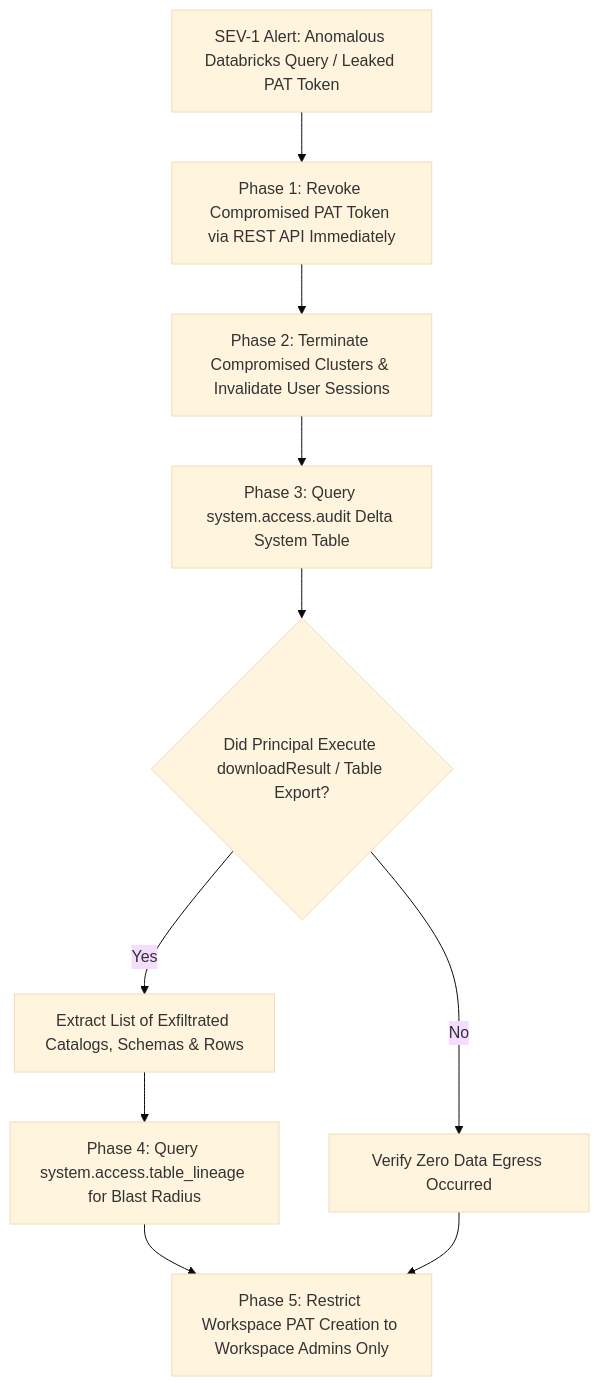
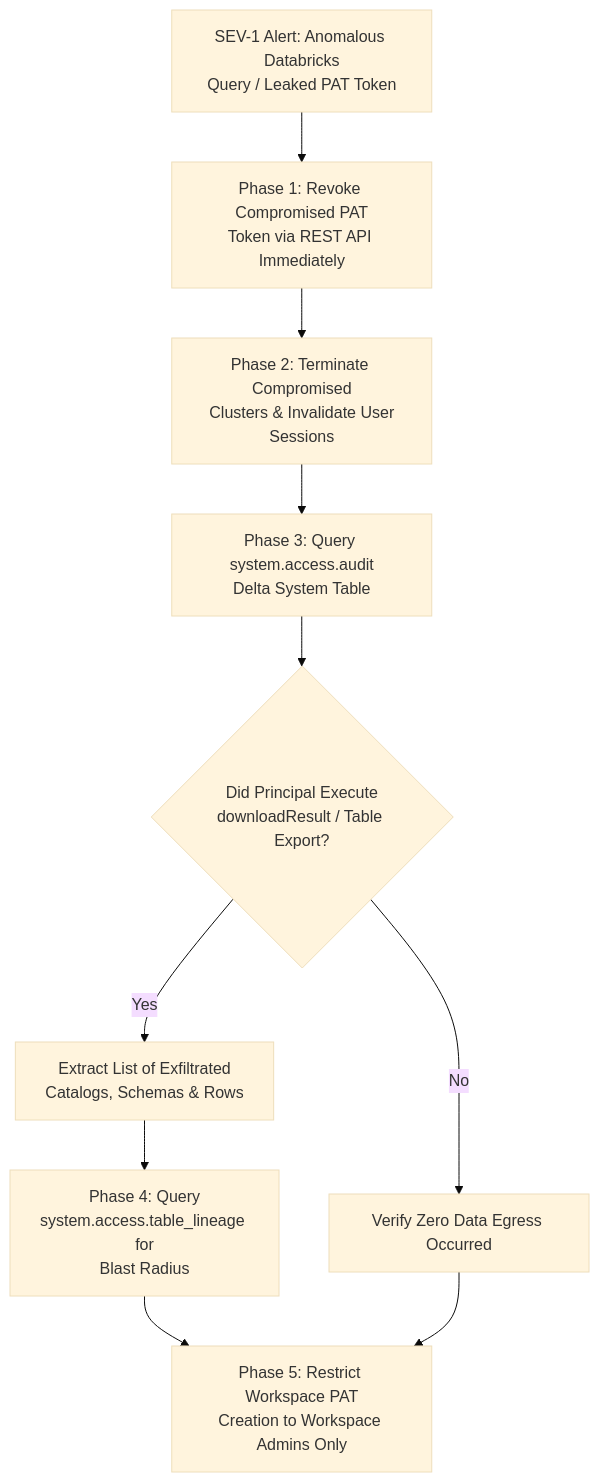
One commit to santoshjammi29/security-handbook changed the diagram in runbooks/03_databricks_unauthorized_data_access_and_pat_breach.md. Above: the diagram before and after it, drawn with Mermaid (base theme). The commit also changed 22 other files, not shown here.

Commit message:
fix(diagrams): word-wrap labels and escape comparison operators across all diagrams

````diff
--- a/runbooks/03_databricks_unauthorized_data_access_and_pat_breach.md
+++ b/runbooks/03_databricks_unauthorized_data_access_and_pat_breach.md
@@ -11,15 +11,15 @@
 ```mermaid
 flowchart TD
-    Alert["SEV-1 Alert: Anomalous Databricks Query / Leaked PAT Token"] --> RevokeToken["Phase 1: Revoke Compromised PAT Token via REST API Immediately"]
+    Alert["SEV-1 Alert: Anomalous Databricks<br/>Query / Leaked PAT Token"] --> RevokeToken["Phase 1: Revoke Compromised PAT<br/>Token via REST API Immediately"]
 
-    RevokeToken --> TerminateClusters["Phase 2: Terminate Compromised Clusters & Invalidate User Sessions"]
-    TerminateClusters --> AuditSystem["Phase 3: Query system.access.audit Delta System Table"]
+    RevokeToken --> TerminateClusters["Phase 2: Terminate Compromised<br/>Clusters & Invalidate User<br/>Sessions"]
+    TerminateClusters --> AuditSystem["Phase 3: Query system.access.audit<br/>Delta System Table"]
 
-    AuditSystem --> CheckExport{"Did Principal Execute downloadResult / Table Export?"}
-    CheckExport -->|Yes| IsolateTables["Extract List of Exfiltrated Catalogs, Schemas & Rows"]
+    AuditSystem --> CheckExport{"Did Principal Execute<br/>downloadResult / Table Export?"}
+    CheckExport -->|Yes| IsolateTables["Extract List of Exfiltrated<br/>Catalogs, Schemas & Rows"]
     CheckExport -->|No| CloseContainment["Verify Zero Data Egress Occurred"]
 
-    IsolateTables --> ReviewLineage["Phase 4: Query system.access.table_lineage for Blast Radius"]
-    ReviewLineage --> RemediatePolicy["Phase 5: Restrict Workspace PAT Creation to Workspace Admins Only"]
+    IsolateTables --> ReviewLineage["Phase 4: Query<br/>system.access.table_lineage for<br/>Blast Radius"]
+    ReviewLineage --> RemediatePolicy["Phase 5: Restrict Workspace PAT<br/>Creation to Workspace Admins Only"]
     CloseContainment --> RemediatePolicy
 ```
````
